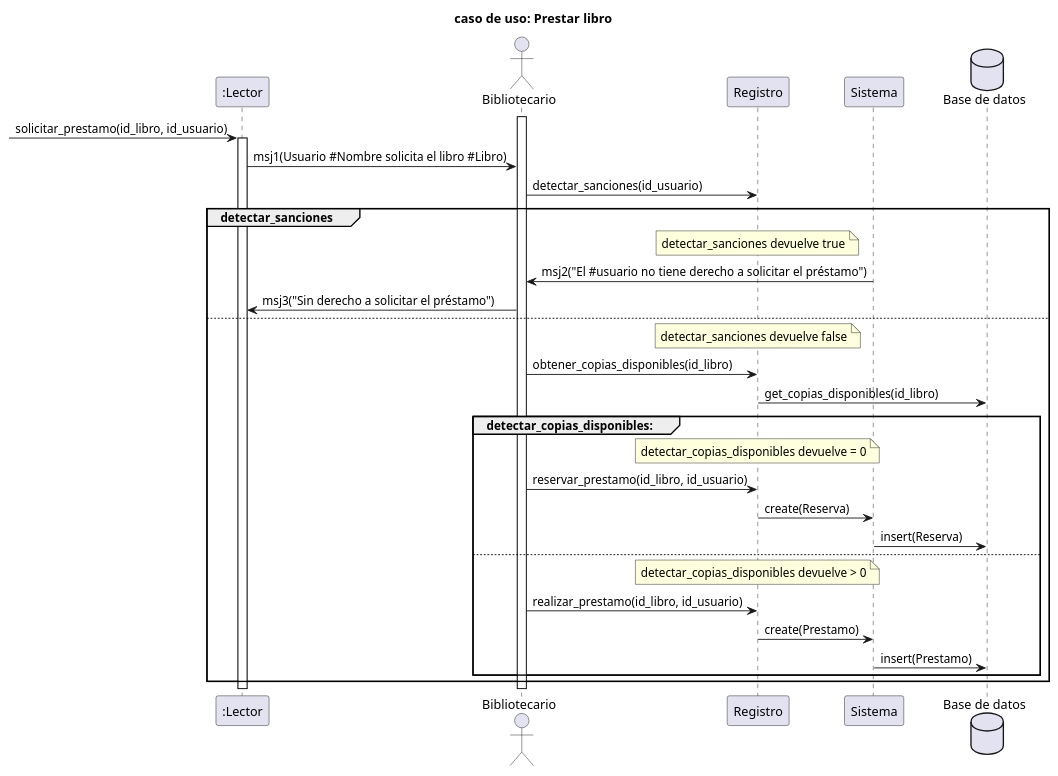
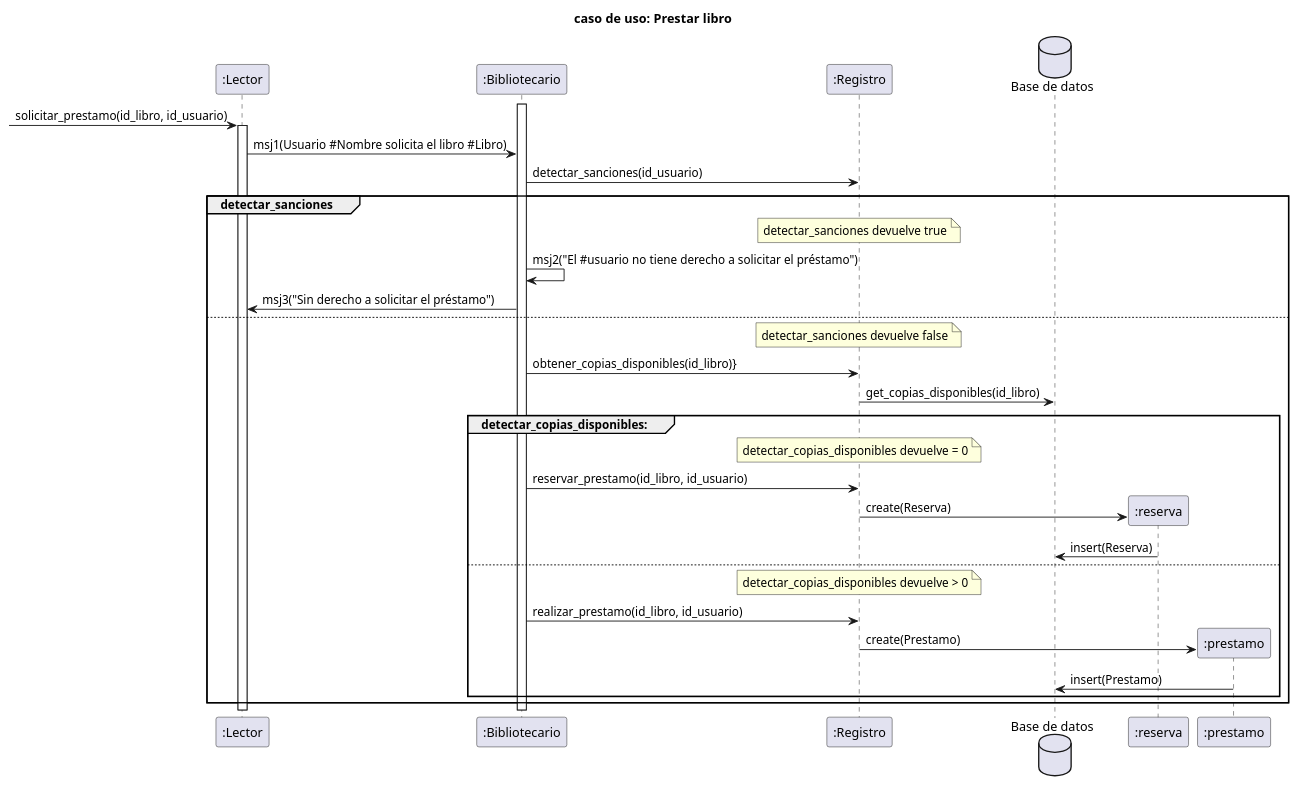
The diagram in interacion 2/prestarLibro.puml (RubenE107/diagramas-de-dise-o-uml), drawn with PlantUML before and after one commit. The commit also changed other lines of this file and 10 other files, not shown here.

```diff
--- a/interacion 2/prestarLibro.puml
+++ b/interacion 2/prestarLibro.puml
@@ -59,37 +58,39 @@
 @startuml
 title caso de uso: Prestar libro
 
 participant ":Lector" as l
-actor "Bibliotecario" as b
-participant "Registro" as r
-participant "Sistema" as s
+participant ":Bibliotecario" as b
+participant ":Registro" as r
+' participant "Sistema" as s
 database "Base de datos" as bd
 
 ->l:solicitar_prestamo(id_libro, id_usuario)
 activate l
 l->b:msj1(Usuario #Nombre solicita el libro #Libro)
 b->r:detectar_sanciones(id_usuario)
 group detectar_sanciones
     note over r: detectar_sanciones devuelve true
-    s->b: msj2("El #usuario no tiene derecho a solicitar el préstamo")
+    b->b: msj2("El #usuario no tiene derecho a solicitar el préstamo")
     b->l: msj3("Sin derecho a solicitar el préstamo")
 else
     note over r: detectar_sanciones devuelve false
-    b->r: obtener_copias_disponibles(id_libro)
+    b->r: obtener_copias_disponibles(id_libro)}
     r->bd: get_copias_disponibles(id_libro)
     group detectar_copias_disponibles:
         note over r: detectar_copias_disponibles devuelve = 0
         b->r: reservar_prestamo(id_libro, id_usuario)
-        r->s: create(Reserva)
-        s->bd: insert(Reserva)
+        create ":reserva" as re
+        r->re: create(Reserva)
+        re->bd: insert(Reserva)
     else
         note over r: detectar_copias_disponibles devuelve > 0
         b->r: realizar_prestamo(id_libro, id_usuario)
-        r->s: create(Prestamo)
-        s->bd: insert(Prestamo)
+        create ":prestamo" as p
+        r->p: create(Prestamo)
+        p->bd: insert(Prestamo)
     end
 end
 activate b
 
 
 @enduml
```
